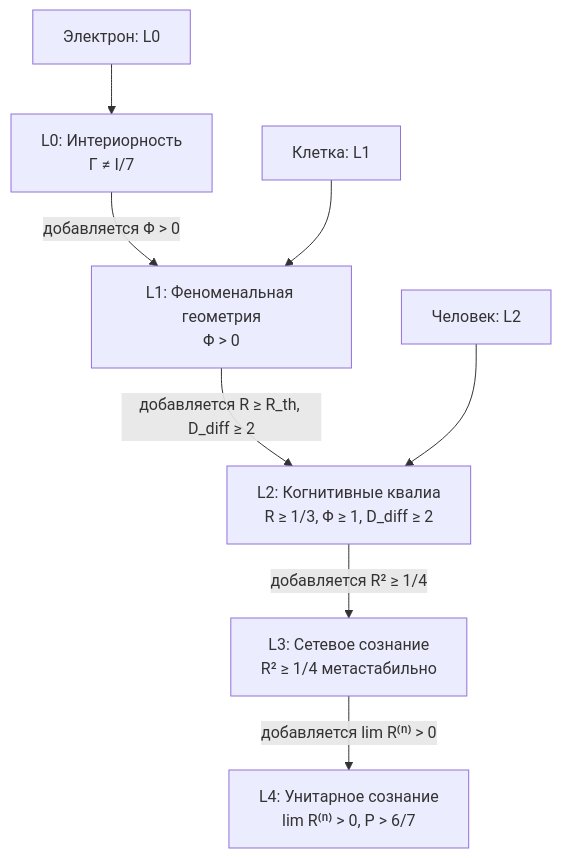
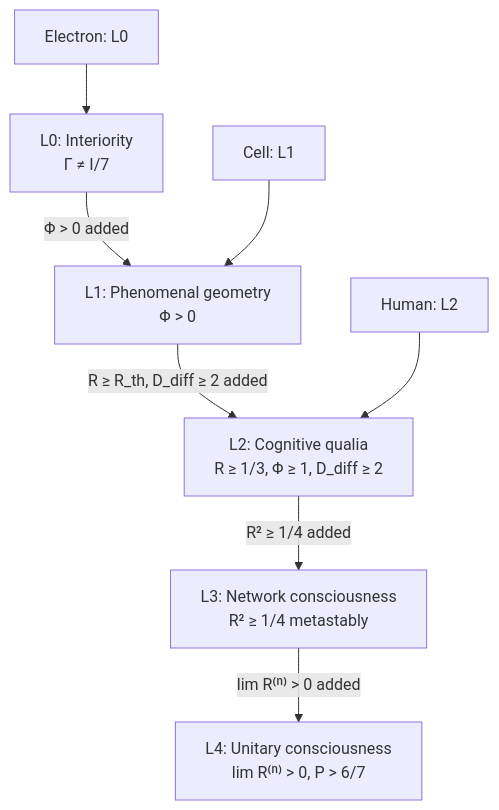
The second of 2 diagrams in website/docs/consciousness/comparative/panpsychism-analysis.md (gst-st/uhm), drawn with Mermaid before and after one commit. The commit also changed other lines of this file and 79 other files, not shown here.

````diff
--- a/website/docs/consciousness/comparative/panpsychism-analysis.md
+++ b/website/docs/consciousness/comparative/panpsychism-analysis.md
@@ -274,17 +274,17 @@
 ```mermaid
 graph TD
-    L0[L0: Интериорность<br/>Γ ≠ I/7]
-    L1[L1: Феноменальная геометрия<br/>Φ > 0]
-    L2[L2: Когнитивные квалиа<br/>R ≥ 1/3, Φ ≥ 1, D_diff ≥ 2]
-    L3[L3: Сетевое сознание<br/>R² ≥ 1/4 метастабильно]
-    L4[L4: Унитарное сознание<br/>lim R⁽ⁿ⁾ > 0, P > 6/7]
+    L0[L0: Interiority<br/>Γ ≠ I/7]
+    L1[L1: Phenomenal geometry<br/>Φ > 0]
+    L2[L2: Cognitive qualia<br/>R ≥ 1/3, Φ ≥ 1, D_diff ≥ 2]
+    L3[L3: Network consciousness<br/>R² ≥ 1/4 metastably]
+    L4[L4: Unitary consciousness<br/>lim R⁽ⁿ⁾ > 0, P > 6/7]
 
-    L0 -->|"добавляется Φ > 0"| L1
-    L1 -->|"добавляется R ≥ R_th, D_diff ≥ 2"| L2
-    L2 -->|"добавляется R² ≥ 1/4"| L3
-    L3 -->|"добавляется lim R⁽ⁿ⁾ > 0"| L4
+    L0 -->|"Φ > 0 added"| L1
+    L1 -->|"R ≥ R_th, D_diff ≥ 2 added"| L2
+    L2 -->|"R² ≥ 1/4 added"| L3
+    L3 -->|"lim R⁽ⁿ⁾ > 0 added"| L4
 
-    ELEC[Электрон: L0] --> L0
-    CELL[Клетка: L1] --> L1
-    HUMAN[Человек: L2] --> L2
+    ELEC[Electron: L0] --> L0
+    CELL[Cell: L1] --> L1
+    HUMAN[Human: L2] --> L2
 ```
````
